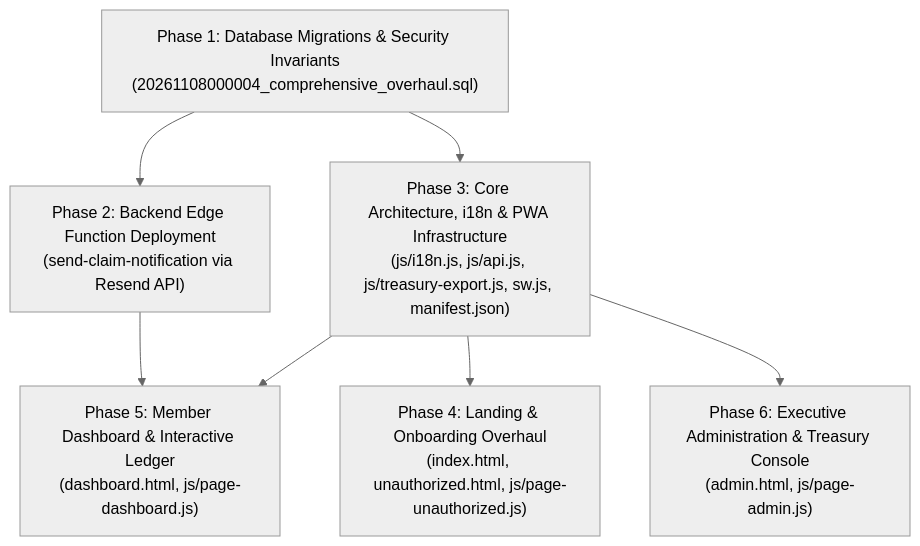
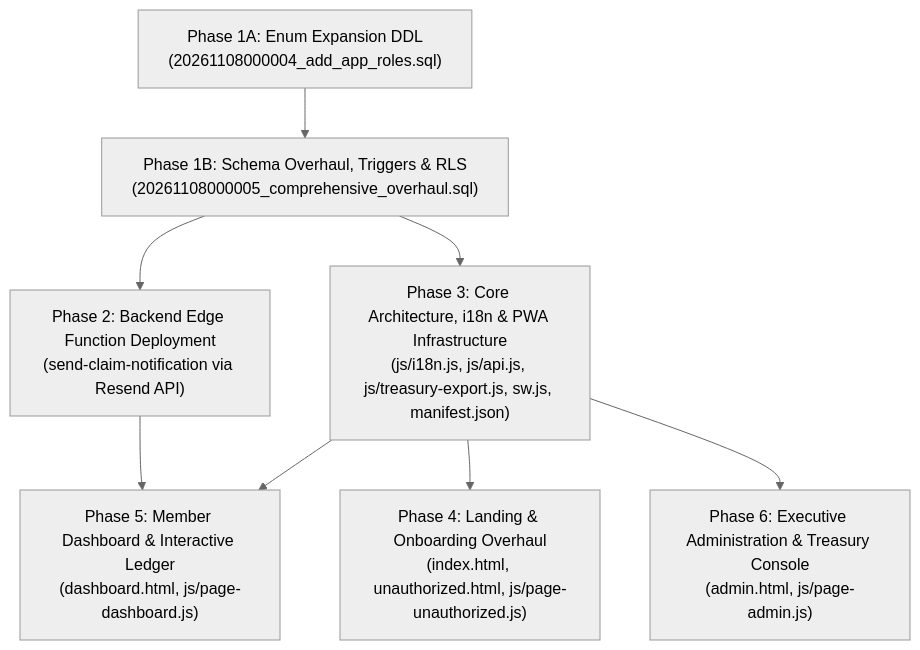
The second of 2 diagrams in docs/designs/mria_management_welfare_association_pwa.md (kiyamaninfo-alt/MRIA-Management-Welfare-Society), drawn with Mermaid (neutral theme) before and after one commit. The commit also changed other lines of this file and 6 other files, not shown here.

````diff
--- a/docs/designs/mria_management_welfare_association_pwa.md
+++ b/docs/designs/mria_management_welfare_association_pwa.md
@@ -419,16 +662,18 @@
 ```mermaid
 flowchart TD
-    Phase1["Phase 1: Database Migrations & Security Invariants<br/>(20261108000004_comprehensive_overhaul.sql)"]
+    Phase1A["Phase 1A: Enum Expansion DDL<br/>(20261108000004_add_app_roles.sql)"]
+    Phase1B["Phase 1B: Schema Overhaul, Triggers & RLS<br/>(20261108000005_comprehensive_overhaul.sql)"]
     Phase2["Phase 2: Backend Edge Function Deployment<br/>(send-claim-notification via Resend API)"]
     Phase3["Phase 3: Core Architecture, i18n & PWA Infrastructure<br/>(js/i18n.js, js/api.js, js/treasury-export.js, sw.js, manifest.json)"]
     Phase4["Phase 4: Landing & Onboarding Overhaul<br/>(index.html, unauthorized.html, js/page-unauthorized.js)"]
     Phase5["Phase 5: Member Dashboard & Interactive Ledger<br/>(dashboard.html, js/page-dashboard.js)"]
     Phase6["Phase 6: Executive Administration & Treasury Console<br/>(admin.html, js/page-admin.js)"]
 
-    Phase1 --> Phase2
-    Phase1 --> Phase3
+    Phase1A --> Phase1B
+    Phase1B --> Phase2
+    Phase1B --> Phase3
     Phase2 --> Phase5
     Phase3 --> Phase4
     Phase3 --> Phase5
     Phase3 --> Phase6
 ```
````
